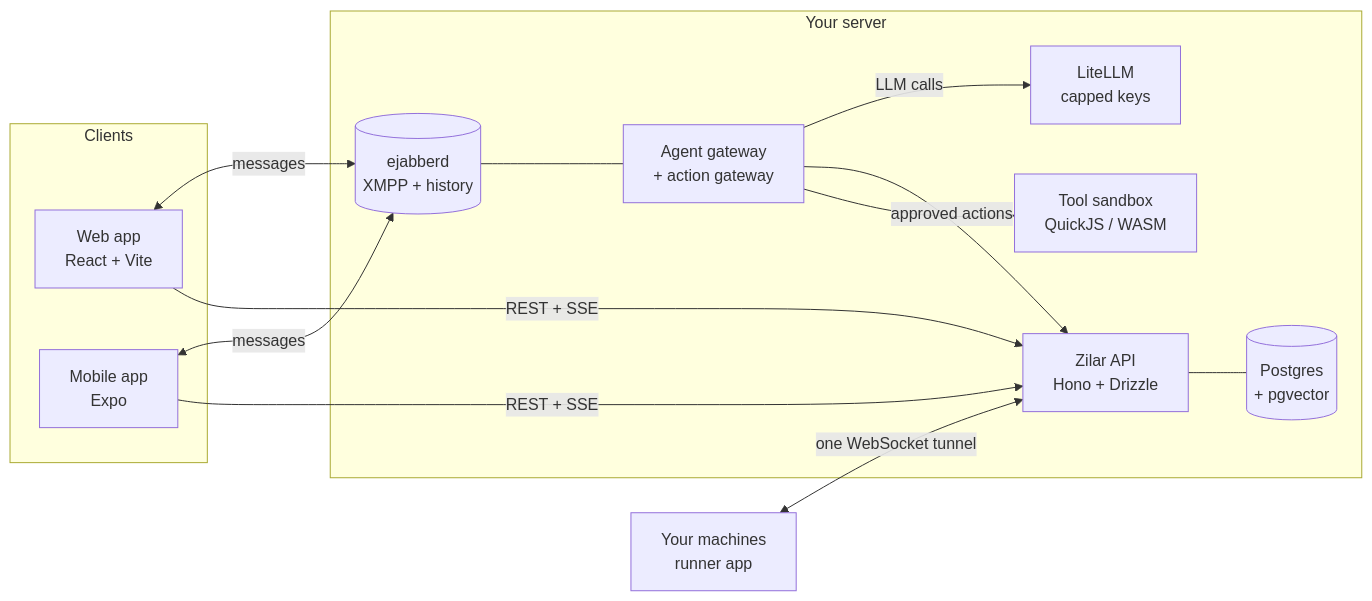
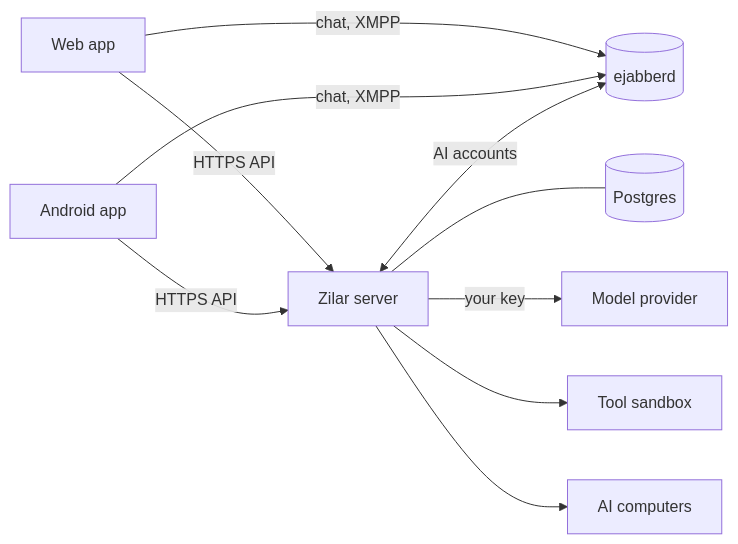
Before and after one commit to JulioFerrero/zilar: the diagram in README.md, drawn with Mermaid. The commit also changed other lines of this file and 3 other files, not shown here.

````diff
--- a/README.md
+++ b/README.md
@@ -79,24 +89,12 @@
 ```mermaid
 flowchart LR
-  subgraph Clients
-    W[Web app<br/>React + Vite]
-    M[Mobile app<br/>Expo]
-  end
-  subgraph Server["Your server"]
-    API[Zilar API<br/>Hono + Drizzle]
-    X[(ejabberd<br/>XMPP + history)]
-    DB[(Postgres<br/>+ pgvector)]
-    L[LiteLLM<br/>capped keys]
-    G[Agent gateway<br/>+ action gateway]
-    S[Tool sandbox<br/>QuickJS / WASM]
-  end
-  R[Your machines<br/>runner app]
-  W & M <-->|messages| X
-  W & M -->|REST + SSE| API
-  API --- DB
-  X --- G
-  G -->|LLM calls| L
-  G -->|approved actions| API
-  G --> S
-  R <-->|one WebSocket tunnel| API
+  W[Web app] -->|chat, XMPP| X[(ejabberd)]
+  A[Android app] -->|chat, XMPP| X
+  W -->|HTTPS API| S[Zilar server]
+  A -->|HTTPS API| S
+  S <-->|AI accounts| X
+  S --- DB[(Postgres)]
+  S -->|your key| P[Model provider]
+  S --> T[Tool sandbox]
+  S --> D[AI computers]
 ```
````
